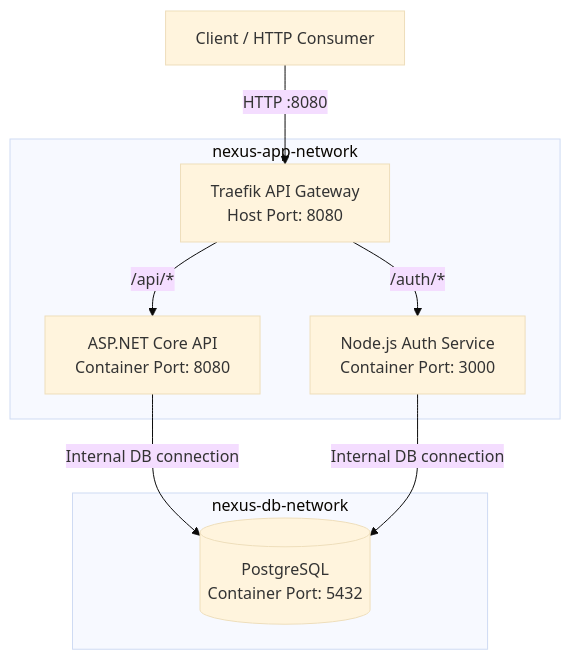
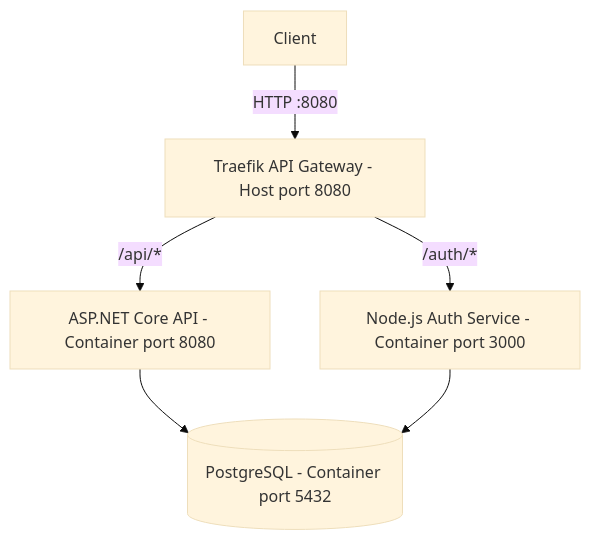
The diagram in docs/architecture/gateway-design.md (BotsheloSekwena/nexus-distributed-systems), drawn with Mermaid (base theme) before and after one commit. The commit also changed other lines of this file and 1 other file, not shown here.

Commit message:
Implement Phase 5 Traefik API gateway

````diff
--- a/docs/architecture/gateway-design.md
+++ b/docs/architecture/gateway-design.md
@@ -37,29 +9,14 @@
 ```mermaid
 flowchart TB
-    Client["Client / HTTP Consumer"]
-    Gateway["Traefik API Gateway<br/>Host Port: 8080"]
-
-    API["ASP.NET Core API<br/>Container Port: 8080"]
-    Auth["Node.js Auth Service<br/>Container Port: 3000"]
-    DB[("PostgreSQL<br/>Container Port: 5432")]
+    Client["Client"]
+    Gateway["Traefik API Gateway - Host port 8080"]
+    API["ASP.NET Core API - Container port 8080"]
+    Auth["Node.js Auth Service - Container port 3000"]
+    DB[("PostgreSQL - Container port 5432")]
 
     Client -->|"HTTP :8080"| Gateway
-
     Gateway -->|"/api/*"| API
     Gateway -->|"/auth/*"| Auth
-
-    subgraph AppNetwork["nexus-app-network"]
-        Gateway
-        API
-        Auth
-    end
-
-    subgraph DBNetwork["nexus-db-network"]
-        API
-        Auth
-        DB
-    end
-
-    API -->|"Internal DB connection"| DB
-    Auth -->|"Internal DB connection"| DB
+    API --> DB
+    Auth --> DB
 ```
````
